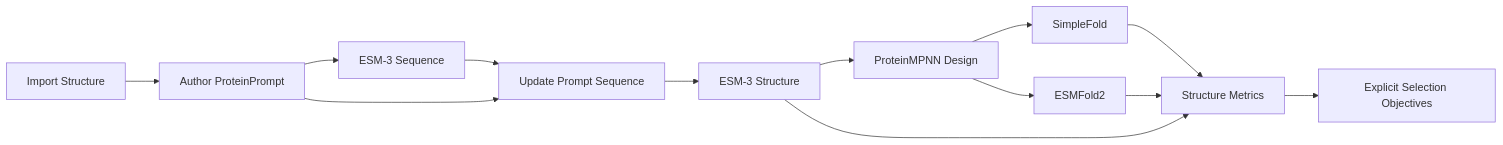
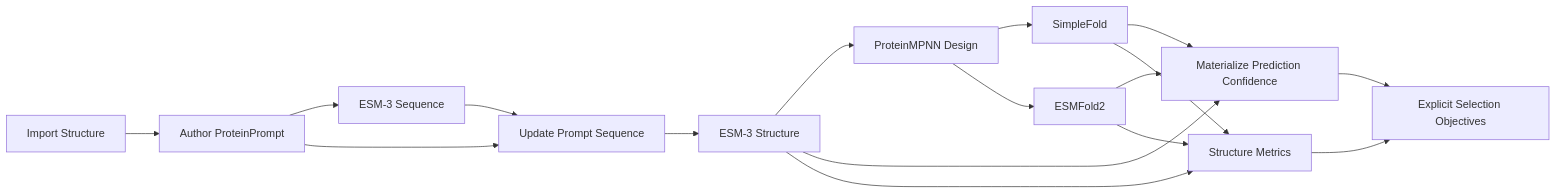
One commit to natsusorahoshinochan-max/modules-ESM changed the third of 3 diagrams in docs/protein_workbench_architecture.md. Above: the diagram before and after it, drawn with Mermaid. The commit also changed other lines of this file and 300 other files, not shown here.

````diff
--- a/docs/protein_workbench_architecture.md
+++ b/docs/protein_workbench_architecture.md
@@ -542,15 +673,19 @@
 ```mermaid
 flowchart LR
     INPUT["Import Structure"] --> PROMPT["Author ProteinPrompt"]
     PROMPT --> ESMSEQ["ESM-3 Sequence"]
     ESMSEQ --> UPDATE["Update Prompt Sequence"]
     PROMPT --> UPDATE
     UPDATE --> ESMSTRUCT["ESM-3 Structure"]
     ESMSTRUCT --> MPNN["ProteinMPNN Design"]
     MPNN --> SF["SimpleFold"]
     MPNN --> EF["ESMFold2"]
+    SF --> CONF["Materialize Prediction Confidence"]
+    EF --> CONF
+    ESMSTRUCT --> CONF
     SF --> CMP["Structure Metrics"]
     EF --> CMP
     ESMSTRUCT --> CMP
+    CONF --> SELECT
     CMP --> SELECT["Explicit Selection Objectives"]
 ```
````
